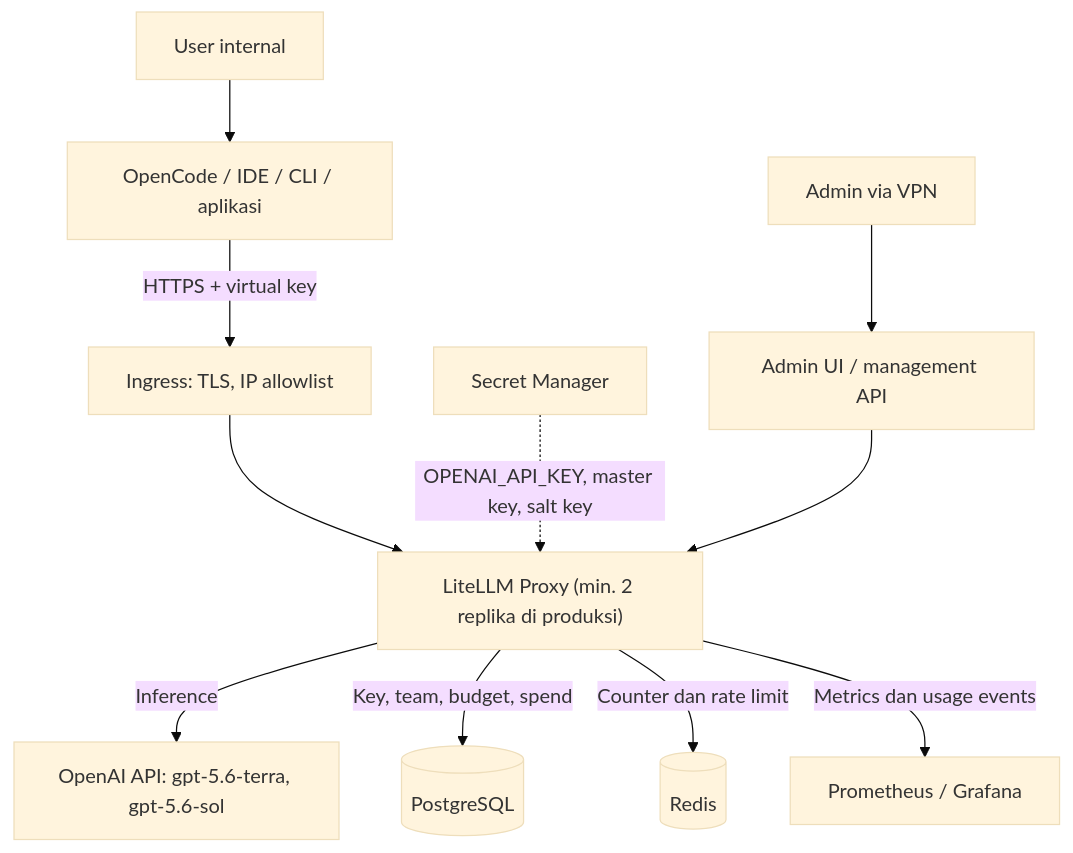
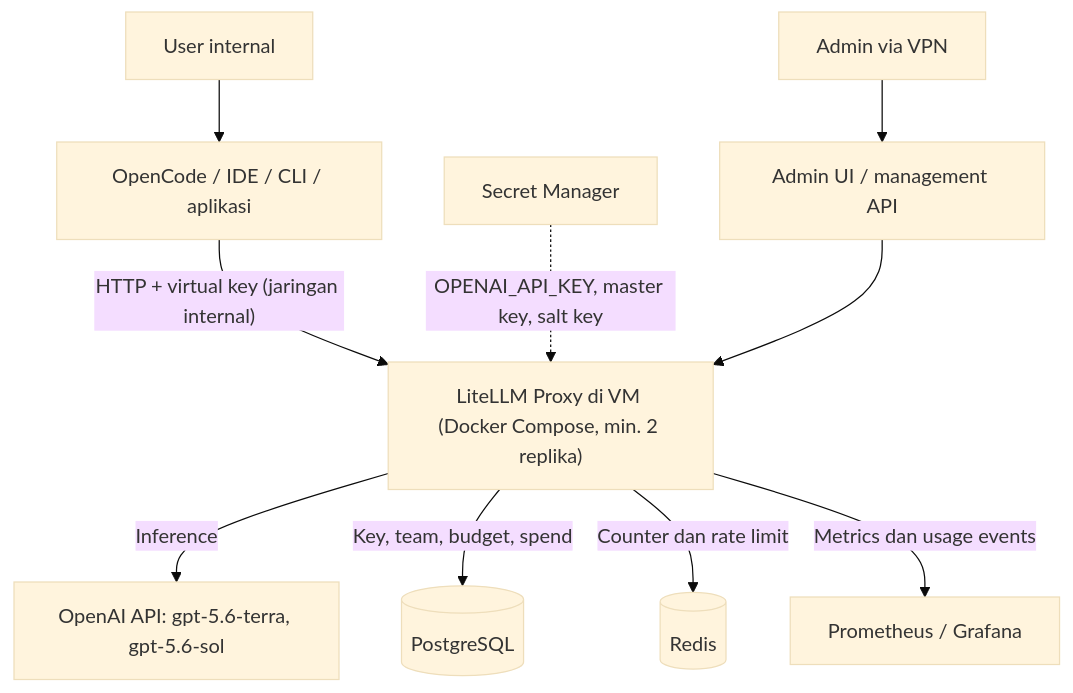
Before and after one commit to farhanpurdi/company-ai-platform: the diagram in docs/LITELLM_IMPLEMENTATION_GUIDE.md, drawn with Mermaid (base theme). The commit also changed other lines of this file, not shown here.

First line of the commit message:
docs: guide deploys on a VM with Docker over HTTP; TLS belongs to DevOps

````diff
--- a/docs/LITELLM_IMPLEMENTATION_GUIDE.md
+++ b/docs/LITELLM_IMPLEMENTATION_GUIDE.md
@@ -52,13 +53,12 @@
 ```mermaid
 flowchart TD
     U["User internal"] --> C["OpenCode / IDE / CLI / aplikasi"]
-    C -->|"HTTPS + virtual key"| G["Ingress: TLS, IP allowlist"]
-    G --> L["LiteLLM Proxy (min. 2 replika di produksi)"]
+    C -->|"HTTP + virtual key (jaringan internal)"| L["LiteLLM Proxy di VM (Docker Compose, min. 2 replika)"]
     L -->|"Inference"| O["OpenAI API: gpt-5.6-terra, gpt-5.6-sol"]
     L -->|"Key, team, budget, spend"| DB[("PostgreSQL")]
     L -->|"Counter dan rate limit"| R[("Redis")]
     L -->|"Metrics dan usage events"| M["Prometheus / Grafana"]
     S["Secret Manager"] -.->|"OPENAI_API_KEY, master key, salt key"| L
     A["Admin via VPN"] --> UI["Admin UI / management API"]
     UI --> L
 ```
````
